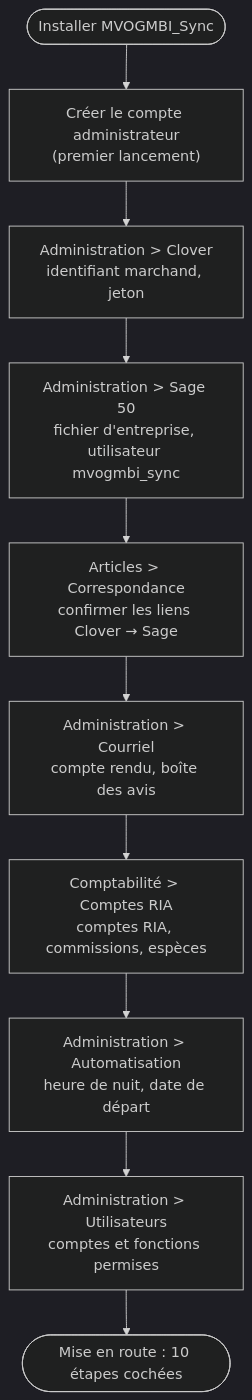
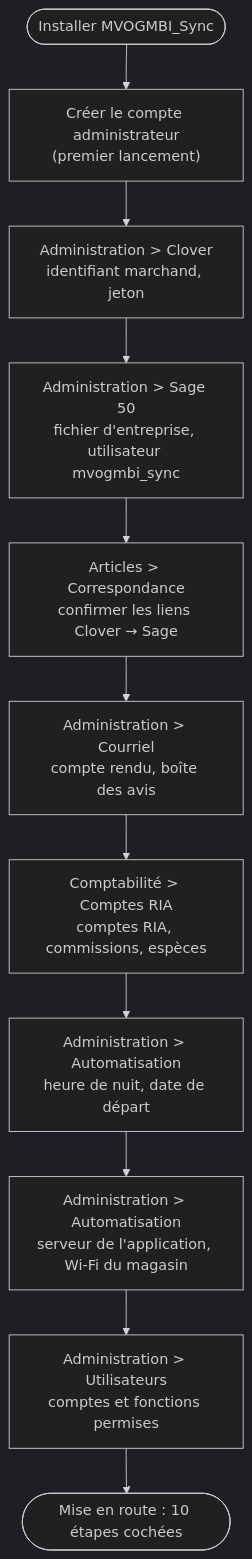
The first of 15 diagrams in documentation/WORKFLOWS.md (mteingueng-dot/MVOGMBI_Sync_2026.1), drawn with Mermaid (dark theme) before and after one commit. The commit also changed other lines of this file and 27 other files, not shown here.

````diff
--- a/documentation/WORKFLOWS.md
+++ b/documentation/WORKFLOWS.md
@@ -11,12 +11,13 @@
 ```mermaid
 flowchart TD
     A([Installer MVOGMBI_Sync]) --> B["Créer le compte administrateur<br/>(premier lancement)"]
     B --> C["Administration > Clover<br/>identifiant marchand, jeton"]
     C --> D["Administration > Sage 50<br/>fichier d'entreprise, utilisateur mvogmbi_sync"]
     D --> E["Articles > Correspondance<br/>confirmer les liens Clover → Sage"]
     E --> F["Administration > Courriel<br/>compte rendu, boîte des avis"]
     F --> F2["Comptabilité > Comptes RIA<br/>comptes RIA, commissions, espèces"]
     F2 --> G["Administration > Automatisation<br/>heure de nuit, date de départ"]
-    G --> H["Administration > Utilisateurs<br/>comptes et fonctions permises"]
+    G --> G2["Administration > Automatisation<br/>serveur de l'application, Wi-Fi du magasin"]
+    G2 --> H["Administration > Utilisateurs<br/>comptes et fonctions permises"]
     H --> I([Mise en route : 10 étapes cochées])
 ```
````
